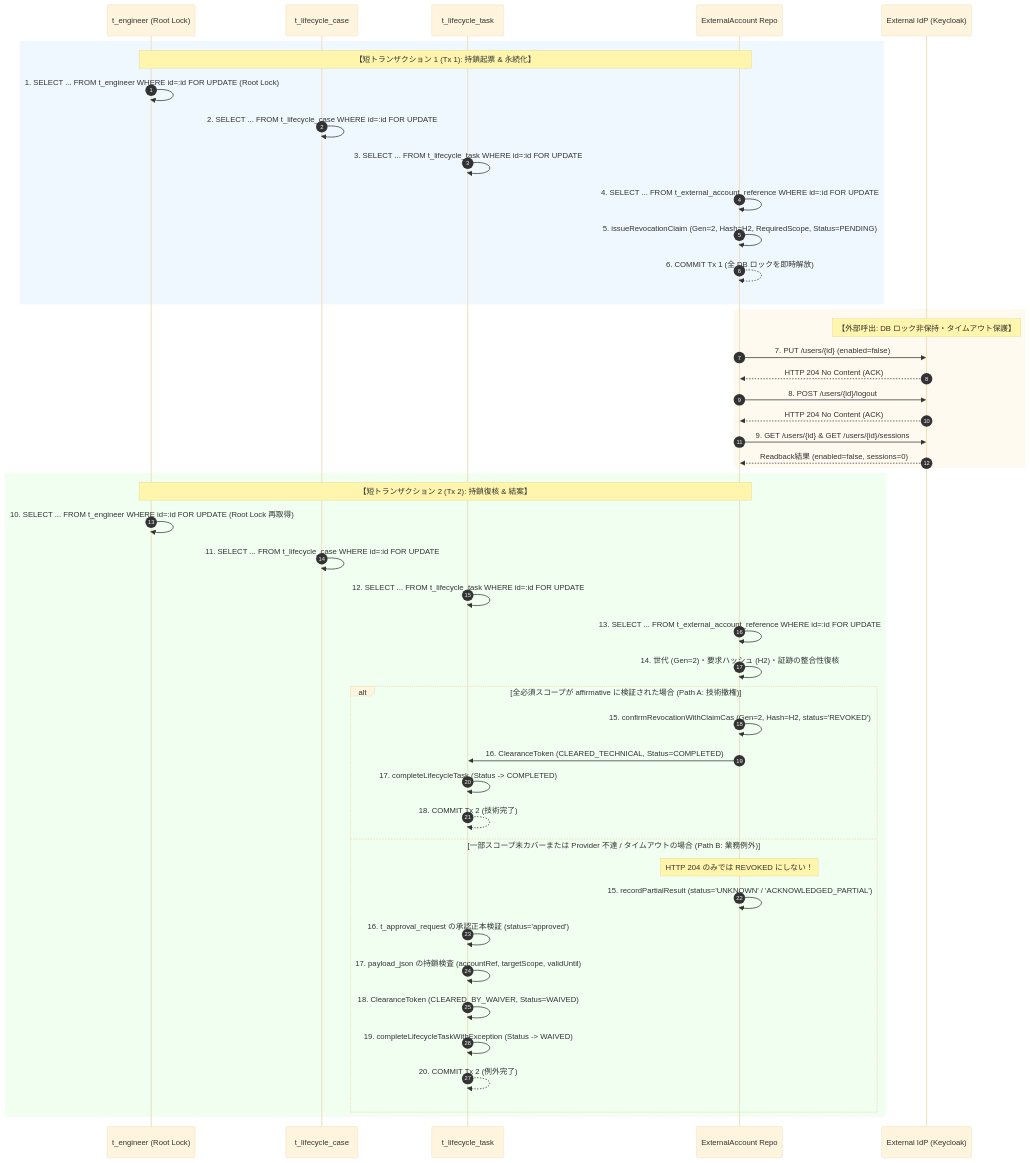
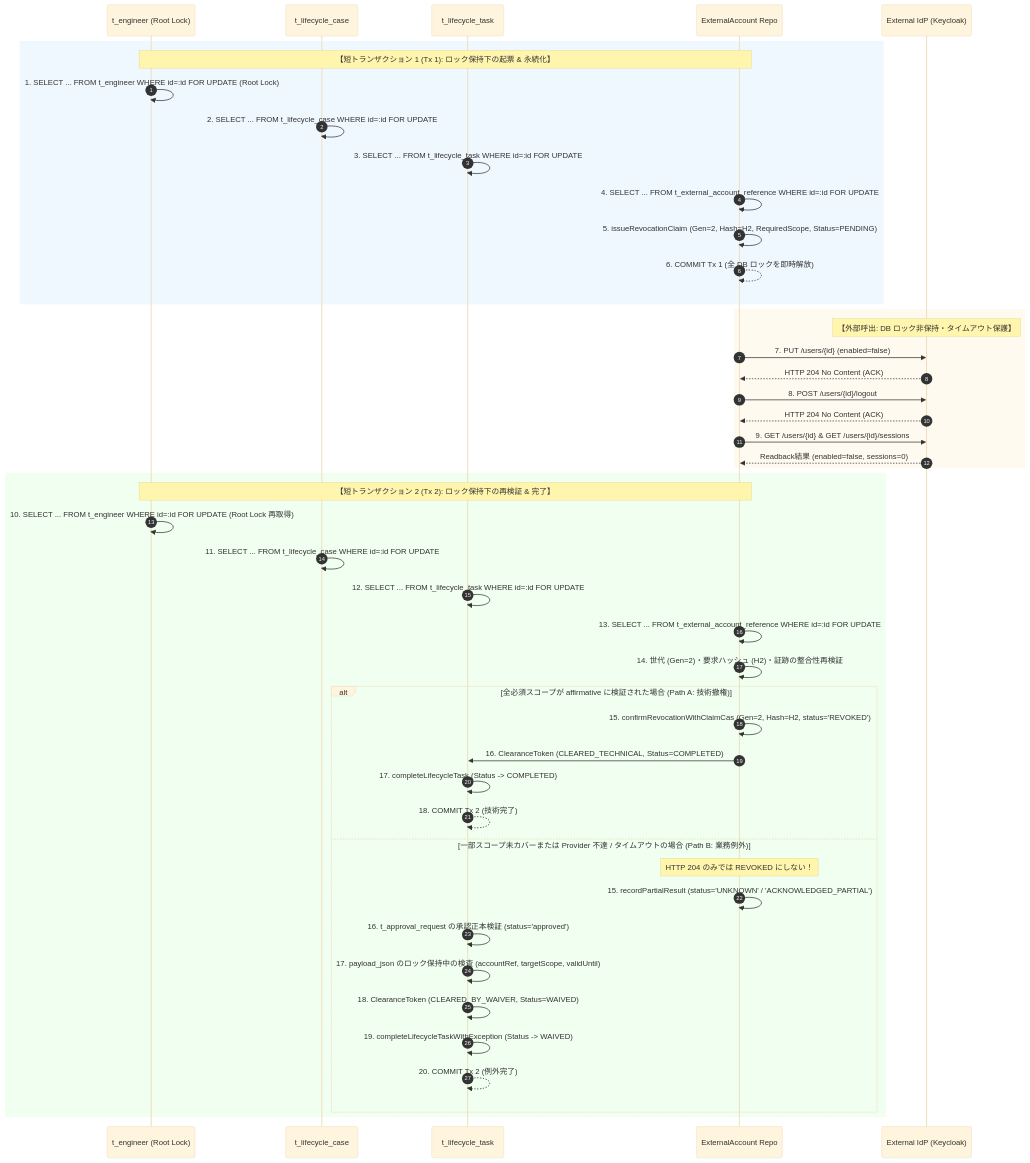
One commit to satoshi2024/ses-manager-pro changed the diagram in .kiro/specs/asset-account-license-lifecycle/lifecycle-revocation-bridge-plan.md. Above: the diagram before and after it, drawn with Mermaid (base theme). The commit also changed other lines of this file and 93 other files, not shown here.

````diff
--- a/.kiro/specs/asset-account-license-lifecycle/lifecycle-revocation-bridge-plan.md
+++ b/.kiro/specs/asset-account-license-lifecycle/lifecycle-revocation-bridge-plan.md
@@ -161,53 +161,53 @@
 ```mermaid
 sequenceDiagram
     autonumber
     participant Eng as t_engineer (Root Lock)
     participant Case as t_lifecycle_case
     participant Task as t_lifecycle_task
     participant Repo as ExternalAccount Repo
     participant IdP as External IdP (Keycloak)
 
     rect rgb(240, 248, 255)
-    Note over Eng,Repo: 【短トランザクション 1 (Tx 1): 持鎖起票 & 永続化】
+    Note over Eng,Repo: 【短トランザクション 1 (Tx 1): ロック保持下の起票 & 永続化】
     Eng->>Eng: 1. SELECT ... FROM t_engineer WHERE id=:id FOR UPDATE (Root Lock)
     Case->>Case: 2. SELECT ... FROM t_lifecycle_case WHERE id=:id FOR UPDATE
     Task->>Task: 3. SELECT ... FROM t_lifecycle_task WHERE id=:id FOR UPDATE
     Repo->>Repo: 4. SELECT ... FROM t_external_account_reference WHERE id=:id FOR UPDATE
     Repo->>Repo: 5. issueRevocationClaim (Gen=2, Hash=H2, RequiredScope, Status=PENDING)
     Repo-->>Repo: 6. COMMIT Tx 1 (全 DB ロックを即時解放)
     end
 
     rect rgb(255, 250, 240)
     Note over IdP: 【外部呼出: DB ロック非保持・タイムアウト保護】
     Repo->>IdP: 7. PUT /users/{id} (enabled=false)
     IdP-->>Repo: HTTP 204 No Content (ACK)
     Repo->>IdP: 8. POST /users/{id}/logout
     IdP-->>Repo: HTTP 204 No Content (ACK)
     Repo->>IdP: 9. GET /users/{id} & GET /users/{id}/sessions
     IdP-->>Repo: Readback結果 (enabled=false, sessions=0)
     end
 
     rect rgb(240, 255, 240)
-    Note over Eng,Repo: 【短トランザクション 2 (Tx 2): 持鎖復核 & 結案】
+    Note over Eng,Repo: 【短トランザクション 2 (Tx 2): ロック保持下の再検証 & 完了】
     Eng->>Eng: 10. SELECT ... FROM t_engineer WHERE id=:id FOR UPDATE (Root Lock 再取得)
     Case->>Case: 11. SELECT ... FROM t_lifecycle_case WHERE id=:id FOR UPDATE
     Task->>Task: 12. SELECT ... FROM t_lifecycle_task WHERE id=:id FOR UPDATE
     Repo->>Repo: 13. SELECT ... FROM t_external_account_reference WHERE id=:id FOR UPDATE
-    Repo->>Repo: 14. 世代 (Gen=2)・要求ハッシュ (H2)・証跡の整合性復核
+    Repo->>Repo: 14. 世代 (Gen=2)・要求ハッシュ (H2)・証跡の整合性再検証
 
     alt 全必須スコープが affirmative に検証された場合 (Path A: 技術撤権)
         Repo->>Repo: 15. confirmRevocationWithClaimCas (Gen=2, Hash=H2, status='REVOKED')
         Repo->>Task: 16. ClearanceToken (CLEARED_TECHNICAL, Status=COMPLETED)
         Task->>Task: 17. completeLifecycleTask (Status -> COMPLETED)
         Task-->>Task: 18. COMMIT Tx 2 (技術完了)
     else 一部スコープ未カバーまたは Provider 不達 / タイムアウトの場合 (Path B: 業務例外)
         Note over Repo: HTTP 204 のみでは REVOKED にしない！
         Repo->>Repo: 15. recordPartialResult (status='UNKNOWN' / 'ACKNOWLEDGED_PARTIAL')
         Task->>Task: 16. t_approval_request の承認正本検証 (status='approved')
-        Task->>Task: 17. payload_json の持鎖検査 (accountRef, targetScope, validUntil)
+        Task->>Task: 17. payload_json のロック保持中の検査 (accountRef, targetScope, validUntil)
         Task->>Task: 18. ClearanceToken (CLEARED_BY_WAIVER, Status=WAIVED)
         Task->>Task: 19. completeLifecycleTaskWithException (Status -> WAIVED)
         Task-->>Task: 20. COMMIT Tx 2 (例外完了)
     end
     end
 ```
````
